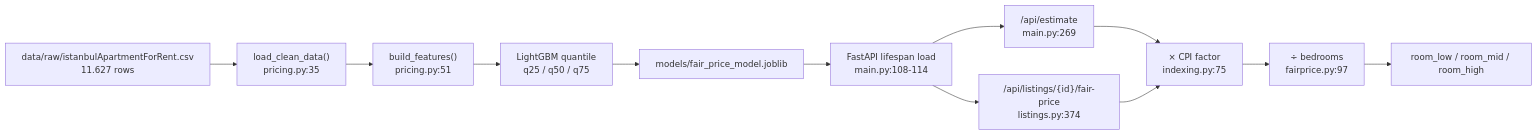
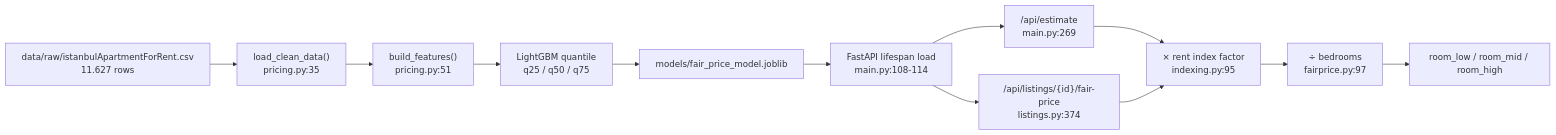
Before and after one commit to bariskiratt/istanbul-roommate-platform: the diagram in docs/MODEL.md, drawn with Mermaid. The commit also changed other lines of this file and 14 other files, not shown here.

First line of the commit message:
Index rents with the TCMB İstanbul new-tenant rent index, through Sep 2026

````diff
--- a/docs/MODEL.md
+++ b/docs/MODEL.md
@@ -51,14 +51,14 @@
 ```mermaid
 flowchart LR
     A["data/raw/istanbulApartmentForRent.csv<br/>11.627 rows"] --> B["load_clean_data()<br/>pricing.py:35"]
     B --> C["build_features()<br/>pricing.py:51"]
     C --> D["LightGBM quantile<br/>q25 / q50 / q75"]
     D --> E["models/fair_price_model.joblib"]
     E --> F["FastAPI lifespan load<br/>main.py:108-114"]
     F --> G["/api/estimate<br/>main.py:269"]
     F --> H["/api/listings/{id}/fair-price<br/>listings.py:374"]
-    G --> I["× CPI factor<br/>indexing.py:75"]
+    G --> I["× rent index factor<br/>indexing.py:95"]
     H --> I
     I --> J["÷ bedrooms<br/>fairprice.py:97"]
     J --> K["room_low / room_mid / room_high"]
 ```
````
